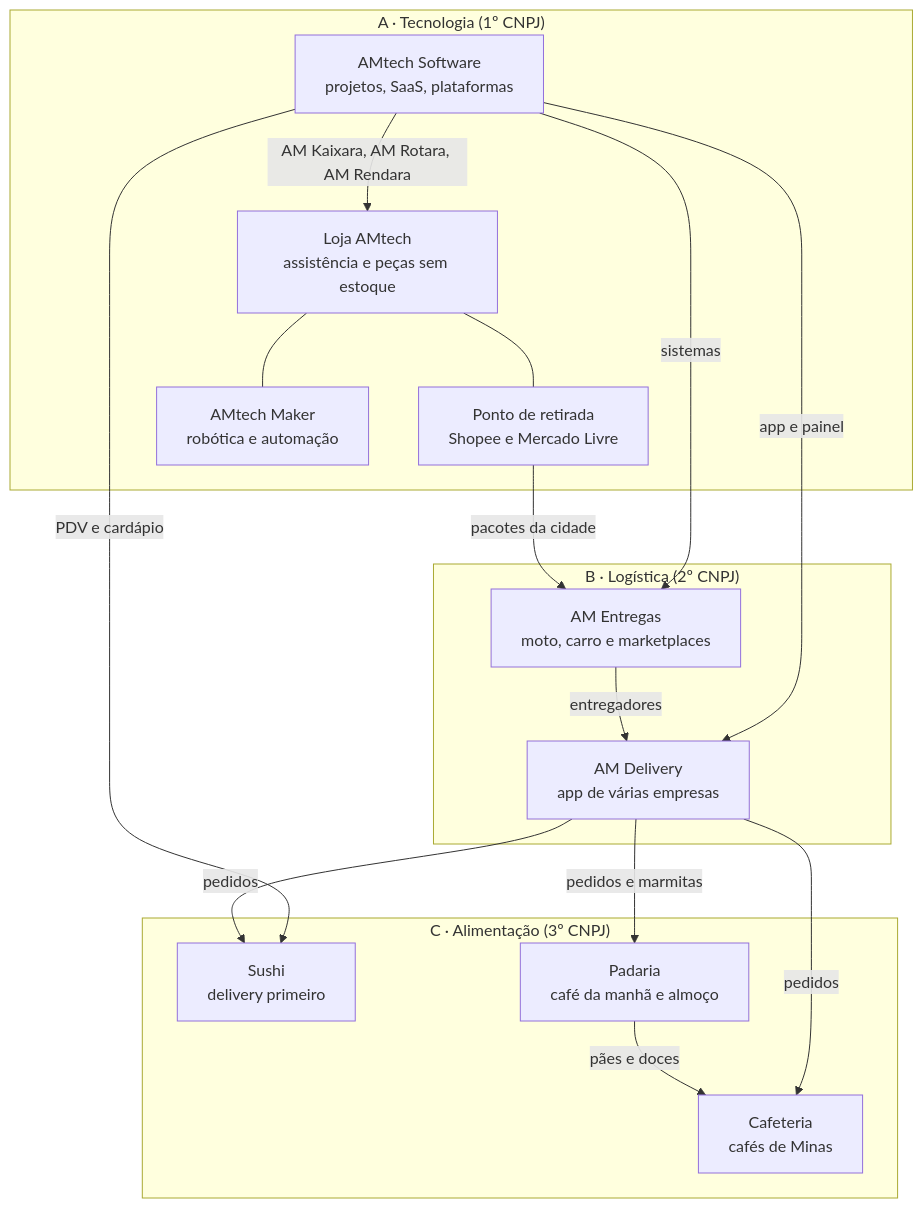
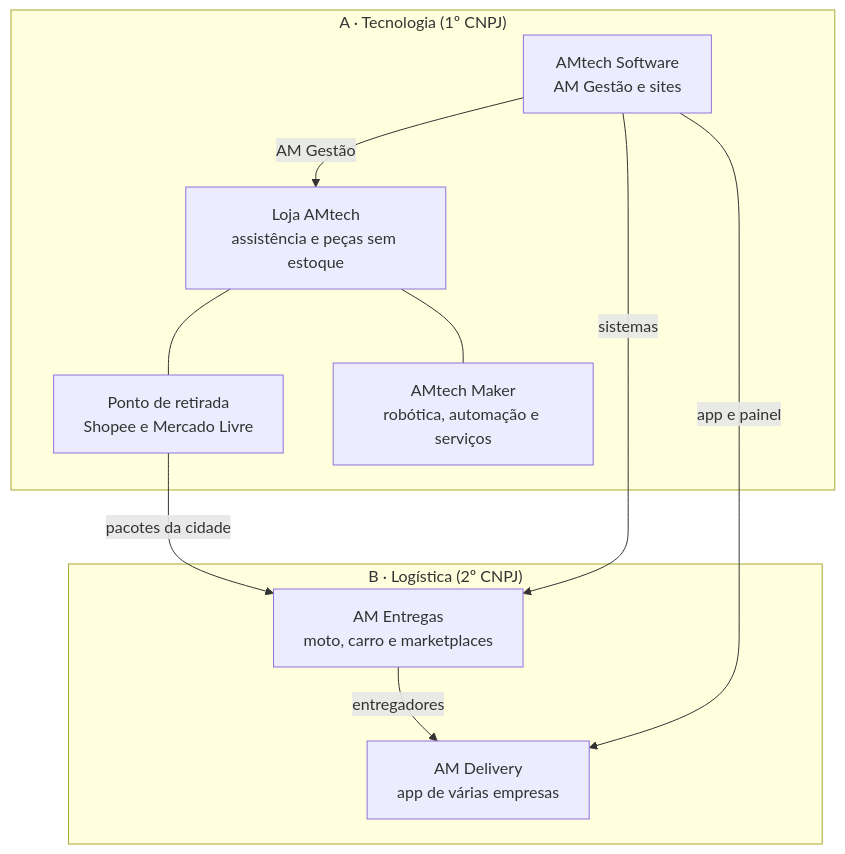
Before and after one commit to AlanMateus17/Portfolio-AMS-Obsidian-Vault: the diagram in 11-setup-dev-setup/docs/negocios/README.md, drawn with Mermaid. The commit also changed other lines of this file and 117 other files, not shown here.

````diff
--- a/11-setup-dev-setup/docs/negocios/README.md
+++ b/11-setup-dev-setup/docs/negocios/README.md
@@ -11,30 +11,20 @@
 ```mermaid
 flowchart TB
   subgraph A["A · Tecnologia (1º CNPJ)"]
-    SW["AMtech Software<br/>projetos, SaaS, plataformas"]
+    SW["AMtech Software<br/>AM Gestão e sites"]
     LJ["Loja AMtech<br/>assistência e peças sem estoque"]
     PR["Ponto de retirada<br/>Shopee e Mercado Livre"]
-    MK["AMtech Maker<br/>robótica e automação"]
+    MK["AMtech Maker<br/>robótica, automação e serviços"]
   end
   subgraph B["B · Logística (2º CNPJ)"]
     EN["AM Entregas<br/>moto, carro e marketplaces"]
     DL["AM Delivery<br/>app de várias empresas"]
   end
-  subgraph C["C · Alimentação (3º CNPJ)"]
-    SU["Sushi<br/>delivery primeiro"]
-    CF["Cafeteria<br/>cafés de Minas"]
-    PD["Padaria<br/>café da manhã e almoço"]
-  end
-  SW -->|"AM Kaixara, AM Rotara, AM Rendara"| LJ
+  SW -->|"AM Gestão"| LJ
   SW -->|"sistemas"| EN
   SW -->|"app e painel"| DL
-  SW -->|"PDV e cardápio"| SU
   LJ --- PR
   LJ --- MK
   PR -->|"pacotes da cidade"| EN
   EN -->|"entregadores"| DL
-  DL -->|"pedidos"| SU
-  DL -->|"pedidos"| CF
-  DL -->|"pedidos e marmitas"| PD
-  PD -->|"pães e doces"| CF
 ```
````
